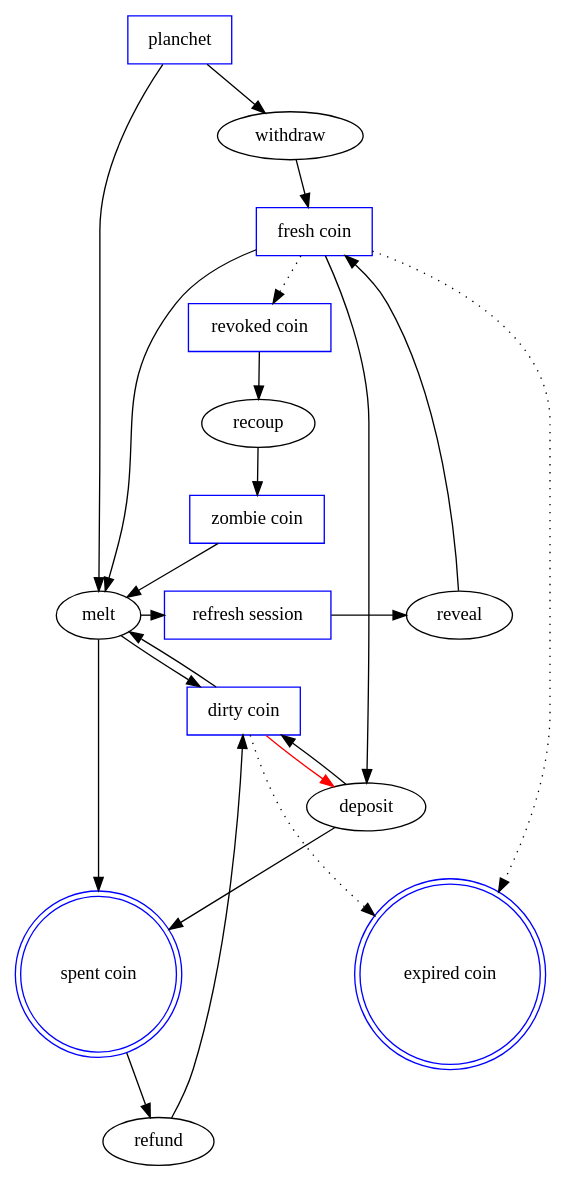
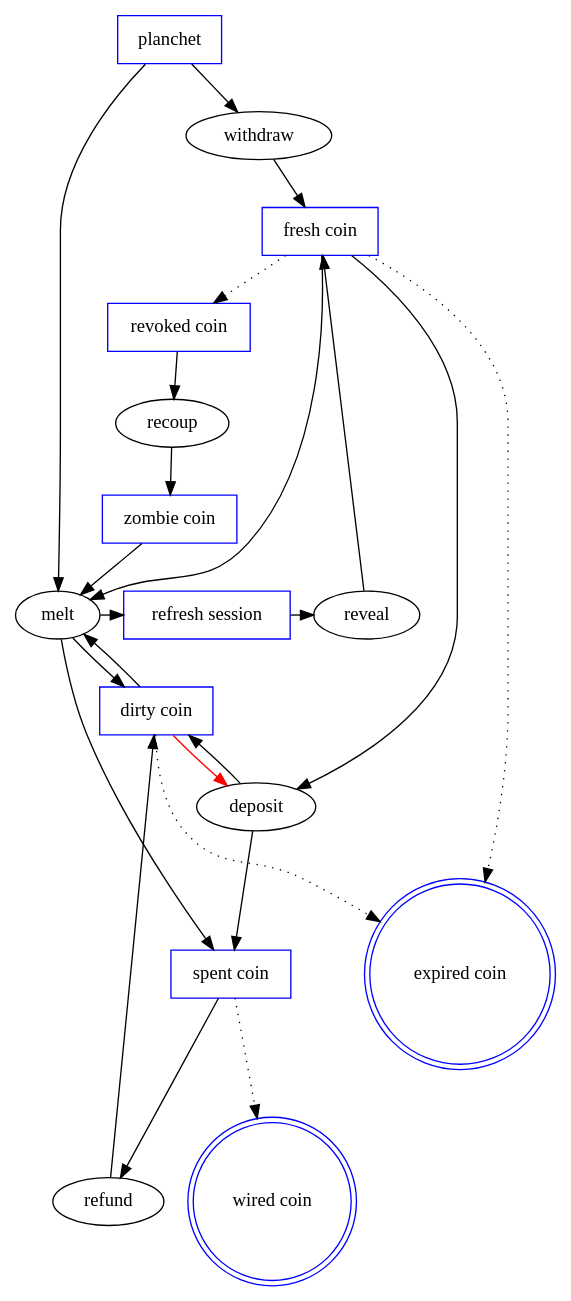
Before and after one commit to felixuxx/Flashpay: the diagram in doc/system/taler/coin.dot, drawn with Graphviz. The commit also changed 2 other files, not shown here.

Commit message:
add more detail to coin state machine

```diff
--- a/doc/system/taler/coin.dot
+++ b/doc/system/taler/coin.dot
@@ -1,47 +1,49 @@
 digraph Coin {
 
   planchet [color=blue, shape="box"];
   fresh [color=blue, label="fresh coin", shape="box"];
   rs [color=blue, label="refresh session", shape="box"];
   partial [color=blue, label="dirty coin", shape="box"];
   revoked [color=blue, label="revoked coin", shape="box"];
   zombie [color=blue, label="zombie coin", shape="box"];
-  spent [color=blue, label="spent coin", shape="doublecircle"];
+  spent [color=blue, label="spent coin", shape="box"];
+  wired [color=blue, label="wired coin", shape="doublecircle"];
   expired [color=blue, label="expired coin", shape="doublecircle"];
 
   subgraph {
     rank = same; spent; expired;
   }
 
   subgraph {
     withdraw; melt;
   }
 
   subgraph {
     rank = same; melt; reveal; rs;
   }
 
 
   planchet->withdraw;
   planchet->melt;
   withdraw->fresh;
   fresh->deposit;
   fresh->melt;
   deposit->partial;
   deposit->spent;
   melt->rs;
   rs->reveal;
   reveal->fresh;
   melt->partial;
   melt->spent;
   spent->refund;
   refund->partial;
+  spent->wired [style=dotted];
   partial->expired [style=dotted];
   partial->melt;
   partial->deposit [color=red];
   fresh->expired [style=dotted];
   fresh->revoked [style=dotted];
   revoked->recoup;
   recoup->zombie;
   zombie->melt;
 }
```
